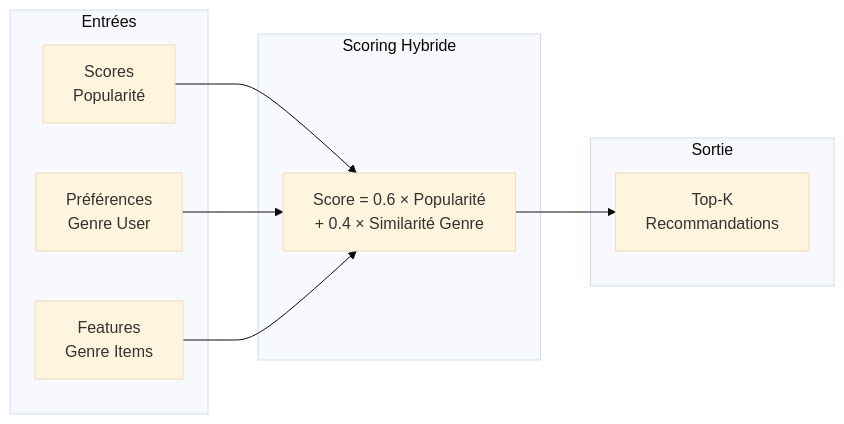
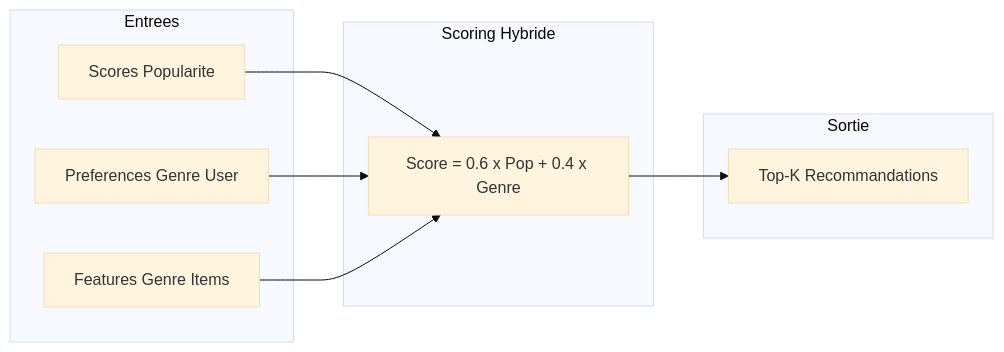
One commit to Souley225/mlops-recommender-system changed the third of 3 diagrams in README.md. Above: the diagram before and after it, drawn with Mermaid (base theme). The commit also changed other lines of this file and 2 other files, not shown here.

Commit message:
refactor: restructure app layout - tabs in main area, branding in sidebar; fix Mermaid diagrams in README; add mobile hamburger menu

````diff
--- a/README.md
+++ b/README.md
@@ -144,21 +144,21 @@
 ```mermaid
 flowchart LR
-    subgraph Input["Entrées"]
-        POP[Scores<br/>Popularité]
-        PREF[Préférences<br/>Genre User]
-        FEAT[Features<br/>Genre Items]
+    subgraph Input["Entrees"]
+        POP[Scores Popularite]
+        PREF[Preferences Genre User]
+        FEAT[Features Genre Items]
     end
-    
+
     subgraph Hybrid["Scoring Hybride"]
-        CALC["Score = 0.6 × Popularité<br/>+ 0.4 × Similarité Genre"]
+        CALC["Score = 0.6 x Pop + 0.4 x Genre"]
     end
-    
+
     subgraph Output["Sortie"]
-        REC[Top-K<br/>Recommandations]
+        REC[Top-K Recommandations]
     end
-    
+
     POP --> CALC
     PREF --> CALC
     FEAT --> CALC
     CALC --> REC
 ```
````
